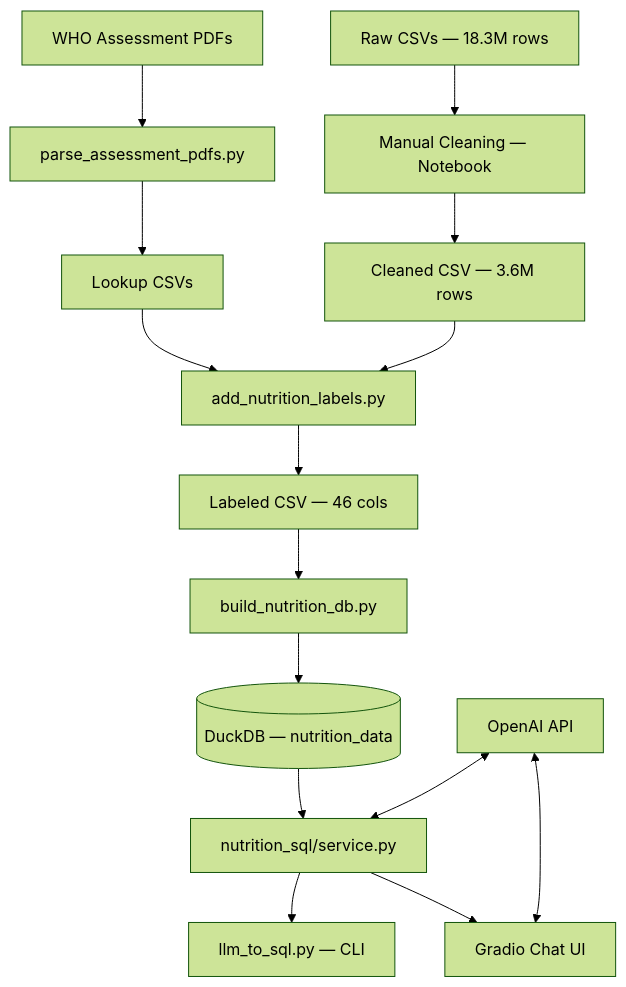
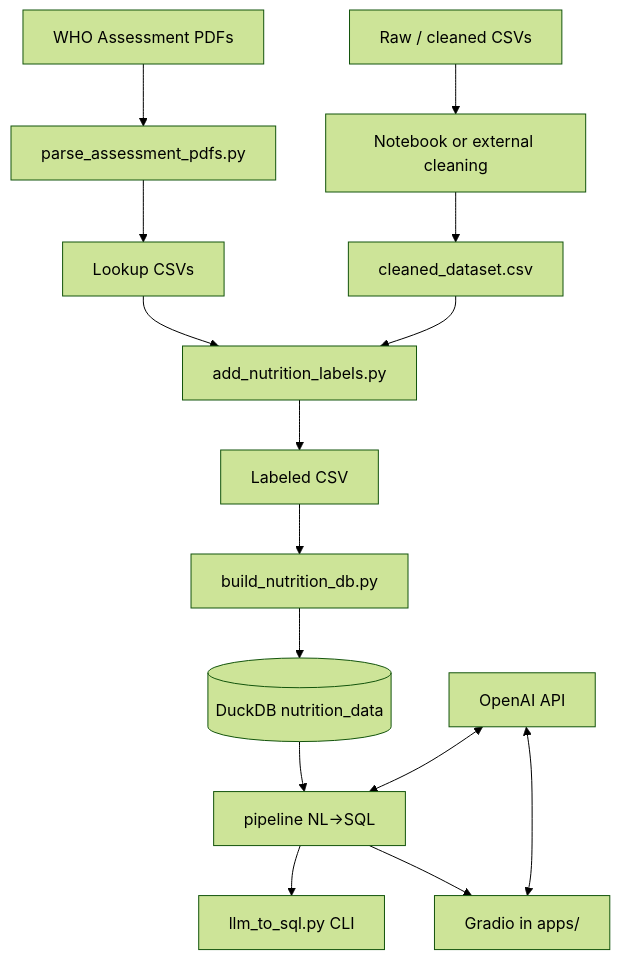
One commit to Hrsh-12/talk2data changed the first of 2 diagrams in docs/Codebase.md. Above: the diagram before and after it, drawn with Mermaid (forest theme). The commit also changed other lines of this file and 41 other files, not shown here.

````diff
--- a/docs/Codebase.md
+++ b/docs/Codebase.md
@@ -113,17 +202,17 @@
 ```mermaid
 flowchart TD
     A[WHO Assessment PDFs] --> B[parse_assessment_pdfs.py]
     B --> C[Lookup CSVs]
-    D[Raw CSVs — 18.3M rows] --> E[Manual Cleaning — Notebook]
-    E --> F[Cleaned CSV — 3.6M rows]
+    D[Raw / cleaned CSVs] --> E[Notebook or external cleaning]
+    E --> F[cleaned_dataset.csv]
     C --> G[add_nutrition_labels.py]
     F --> G
-    G --> H[Labeled CSV — 46 cols]
+    G --> H[Labeled CSV]
     H --> I[build_nutrition_db.py]
-    I --> J[(DuckDB — nutrition_data)]
-    J --> K[nutrition_sql/service.py]
+    I --> J[(DuckDB nutrition_data)]
+    J --> K[pipeline NL→SQL]
     L[OpenAI API] <--> K
-    K --> M[llm_to_sql.py — CLI]
-    K --> N[Gradio Chat UI]
+    K --> M[llm_to_sql.py CLI]
+    K --> N[Gradio in apps/]
     L <--> N
 ```
````
